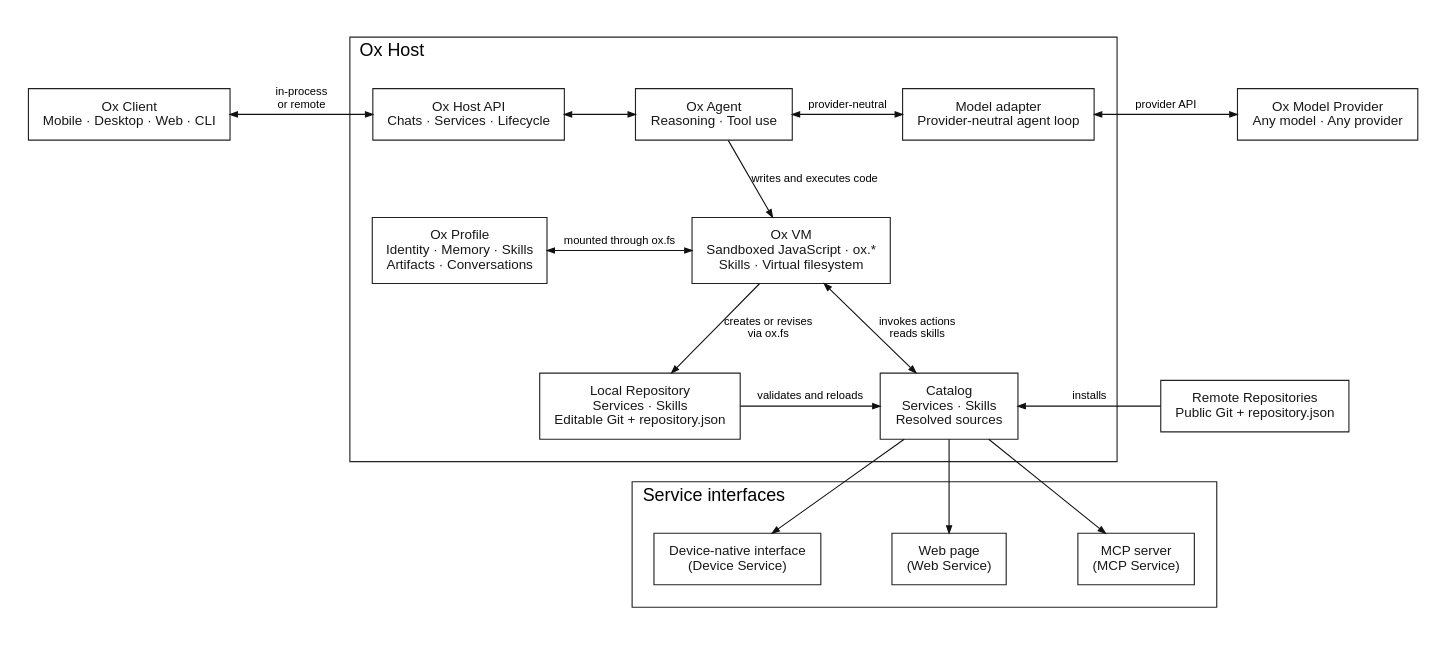
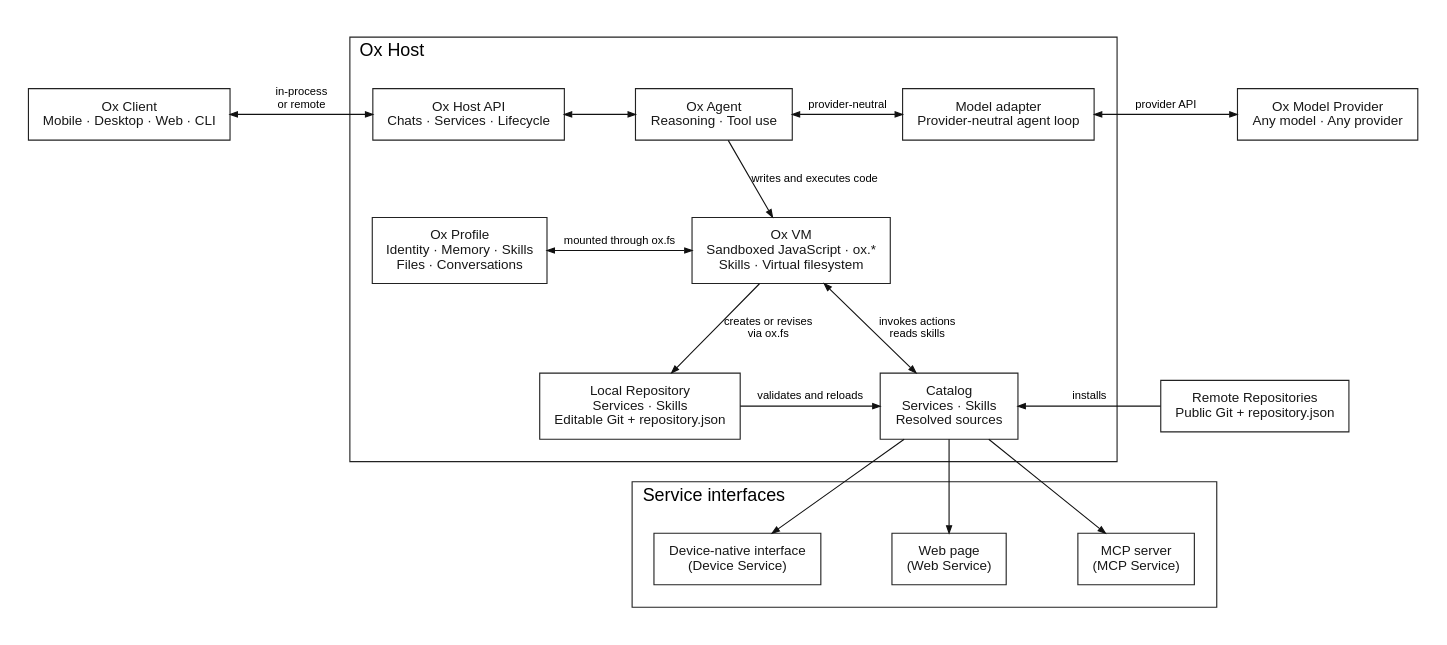
The diagram in assets/openox-components.dot (ziyzhu/openox), drawn with Graphviz before and after one commit. The commit also changed 118 other files, not shown here.

```diff
--- a/assets/openox-components.dot
+++ b/assets/openox-components.dot
@@ -1,78 +1,78 @@
 digraph OpenOx {
   graph [
     bgcolor="white"
     fontname="Arial"
     fontsize=16
     labeljust=l
     newrank=true
     nodesep=0.45
     pad=0.25
     ranksep=0.8
   ];
   node [
     color="#222222"
     fillcolor="white"
     fontcolor="#171717"
     fontname="Arial"
     fontsize=12
     margin="0.18,0.14"
     shape=box
     style=filled
   ];
   edge [
     arrowsize=0.65
     color="#111111"
     fontname="Arial"
     fontsize=10
   ];
 
   client [label="Ox Client\nMobile · Desktop · Web · CLI"];
 
   subgraph cluster_host {
     label="Ox Host";
     color="#222222";
     margin=20;
 
     host_api [label="Ox Host API\nChats · Services · Lifecycle"];
     agent [label="Ox Agent\nReasoning · Tool use"];
     model_adapter [label="Model adapter\nProvider-neutral agent loop"];
-    profile [label="Ox Profile\nIdentity · Memory · Skills\nArtifacts · Conversations"];
+    profile [label="Ox Profile\nIdentity · Memory · Skills\nFiles · Conversations"];
     vm [label="Ox VM\nSandboxed JavaScript · ox.*\nSkills · Virtual filesystem"];
     local_repository [label="Local Repository\nServices · Skills\nEditable Git + repository.json"];
     services [label="Catalog\nServices · Skills\nResolved sources"];
   }
 
   model [label="Ox Model Provider\nAny model · Any provider"];
   remote_repositories [label="Remote Repositories\nPublic Git + repository.json"];
 
   subgraph cluster_interfaces {
     label="Service interfaces";
     color="#222222";
     margin=20;
 
     device [label="Device-native interface\n(Device Service)"];
     web [label="Web page\n(Web Service)"];
     mcp [label="MCP server\n(MCP Service)"];
 
     { rank=same; device; web; mcp; }
     device -> web -> mcp [style=invis];
   }
 
   { rank=same; client; host_api; agent; model_adapter; model; }
   { rank=same; profile; vm; }
   { rank=same; local_repository; services; remote_repositories; }
 
   client -> host_api [dir=both, label="in-process\nor remote", weight=100, minlen=2];
   host_api -> agent [dir=both, weight=100];
   agent -> model_adapter [dir=both, label="provider-neutral", weight=100];
   model_adapter -> model [dir=both, label="provider API", weight=100, minlen=2];
   agent -> vm [label="writes and executes code"];
   profile -> vm [dir=both, label="mounted through ox.fs"];
   vm -> local_repository [label="creates or revises\nvia ox.fs"];
   vm -> services [dir=both, label="invokes actions\nreads skills"];
   local_repository -> services [label="validates and reloads", weight=100];
   services -> remote_repositories [dir=back, label="installs", weight=100, minlen=2];
   services -> device;
   services -> web;
   services -> mcp;
 }
```
